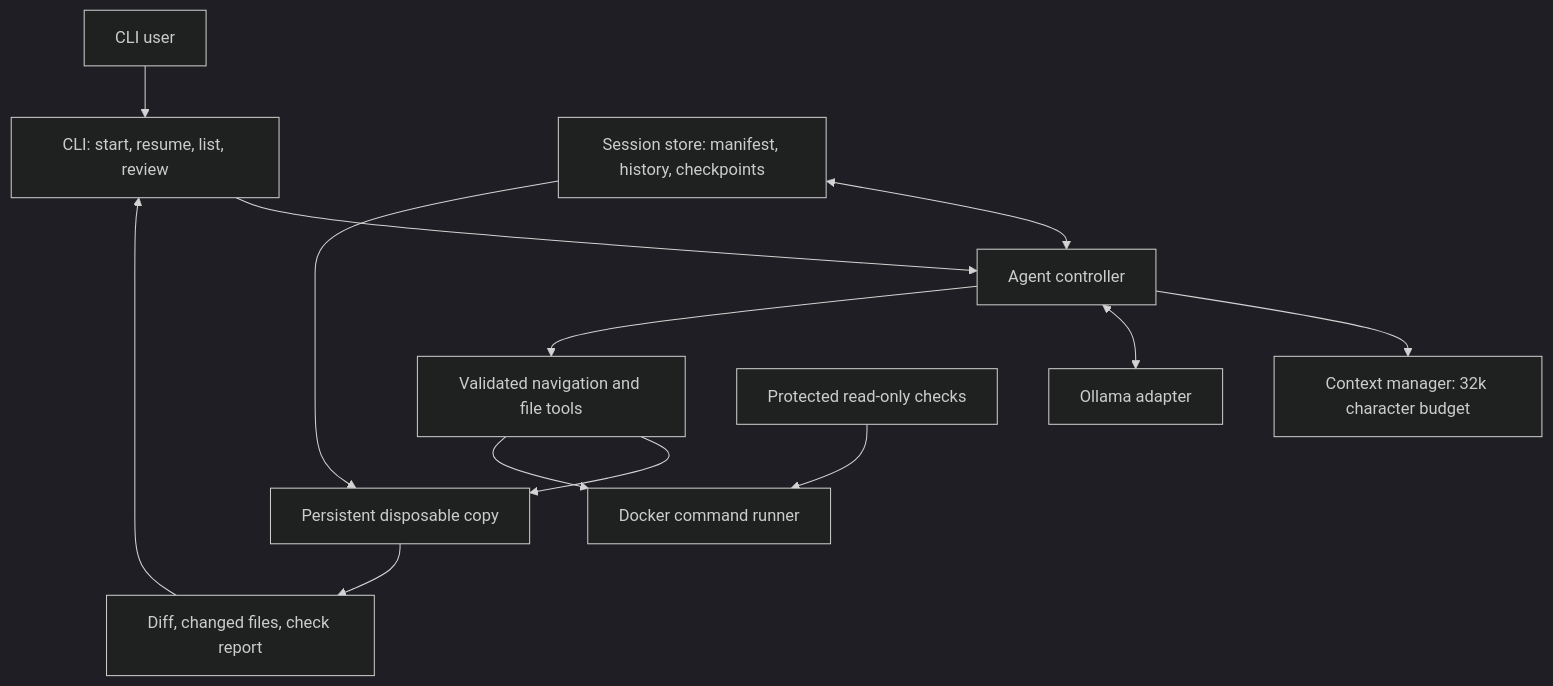
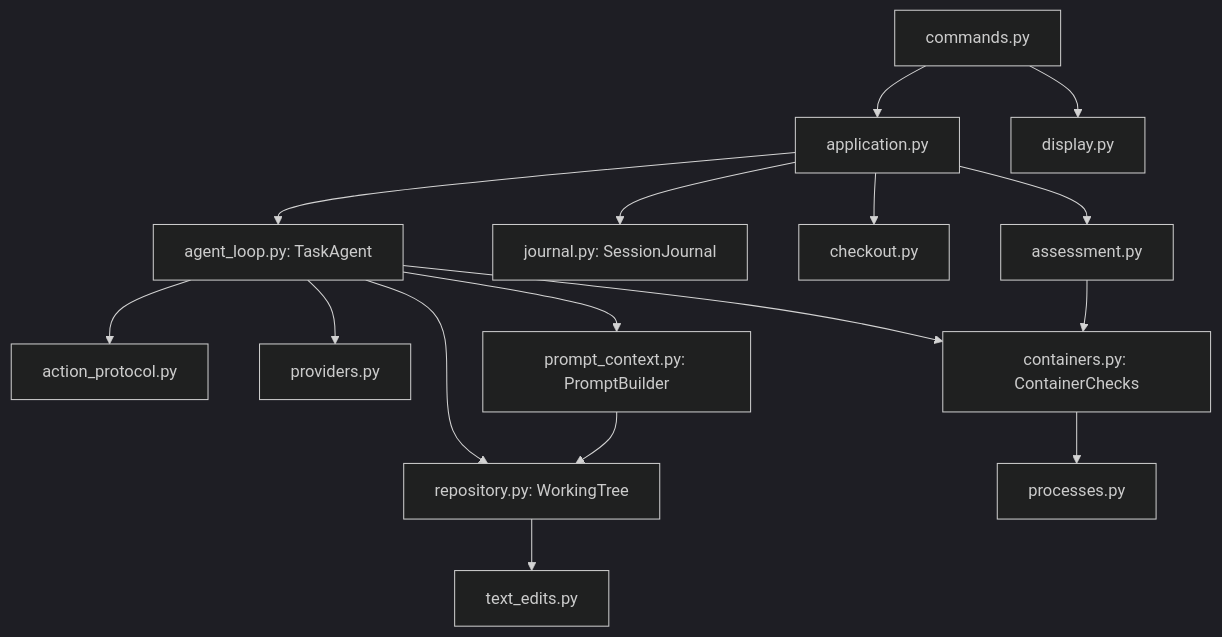
Before and after one commit to Franco-A-Ghigliani/AAIA-Stage2: the diagram in README.md, drawn with Mermaid (dark theme). The commit also changed other lines of this file and 70 other files, not shown here.

````diff
--- a/README.md
+++ b/README.md
@@ -59,15 +68,18 @@
 ```mermaid
 flowchart TD
-    User[CLI user] --> CLI[CLI: start, resume, list, review]
-    CLI --> Controller[Agent controller]
-    Controller --> Context[Context manager: 32k character budget]
-    Controller <--> Model[Ollama adapter]
-    Controller --> Runtime[Validated navigation and file tools]
-    Runtime --> Workspace[Persistent disposable copy]
-    Runtime --> Sandbox[Docker command runner]
-    Checks[Protected read-only checks] --> Sandbox
-    Session[Session store: manifest, history, checkpoints] <--> Controller
-    Session --> Workspace
-    Workspace --> Results[Diff, changed files, check report]
-    Results --> CLI
+    C[commands.py] --> A[application.py]
+    C --> D[display.py]
+    A --> L[agent_loop.py: TaskAgent]
+    A --> J[journal.py: SessionJournal]
+    A --> W[checkout.py]
+    A --> V[assessment.py]
+    L --> P[action_protocol.py]
+    L --> M[providers.py]
+    L --> X[prompt_context.py: PromptBuilder]
+    L --> R[repository.py: WorkingTree]
+    X --> R
+    R --> T[text_edits.py]
+    L --> E[containers.py: ContainerChecks]
+    V --> E
+    E --> S[processes.py]
 ```
````
